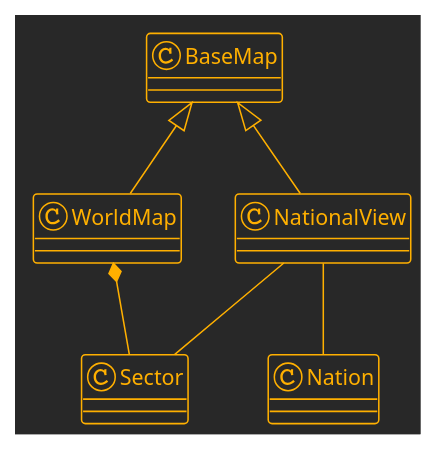
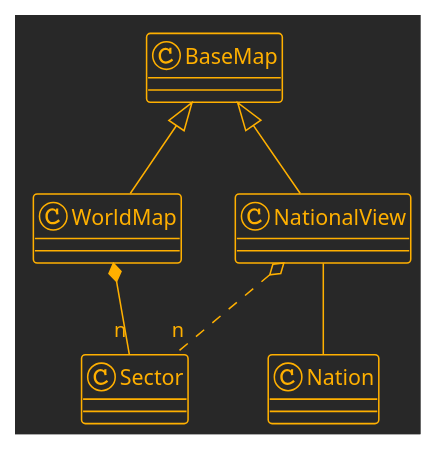
The seventh of 10 diagrams in DESIGN_CONCEPTS.md (marknelsonengineer/empire), drawn with PlantUML before and after one commit. The commit also changed other lines of this file and 1 other file, not shown here.

```diff
--- a/DESIGN_CONCEPTS.md
+++ b/DESIGN_CONCEPTS.md
@@ -288,16 +288,16 @@
 @startuml
 !theme crt-amber
 
 class BaseMap
 class WorldMap
 class NationalView
 class Nation
 class Sector
 
 BaseMap      <|-- WorldMap
 BaseMap      <|-- NationalView
 NationalView --   Nation
-WorldMap     *--  Sector
-NationalView --   Sector
+WorldMap     *-- "n" Sector
+NationalView o.. "n" Sector
 
 @enduml
```
